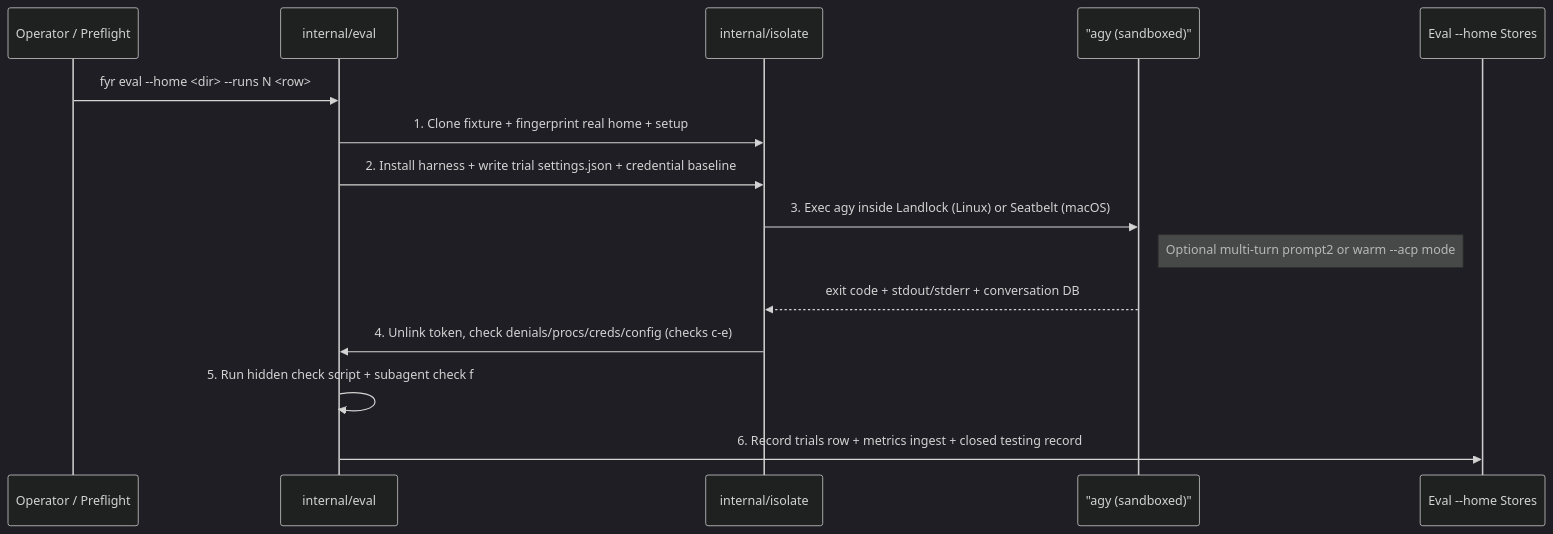
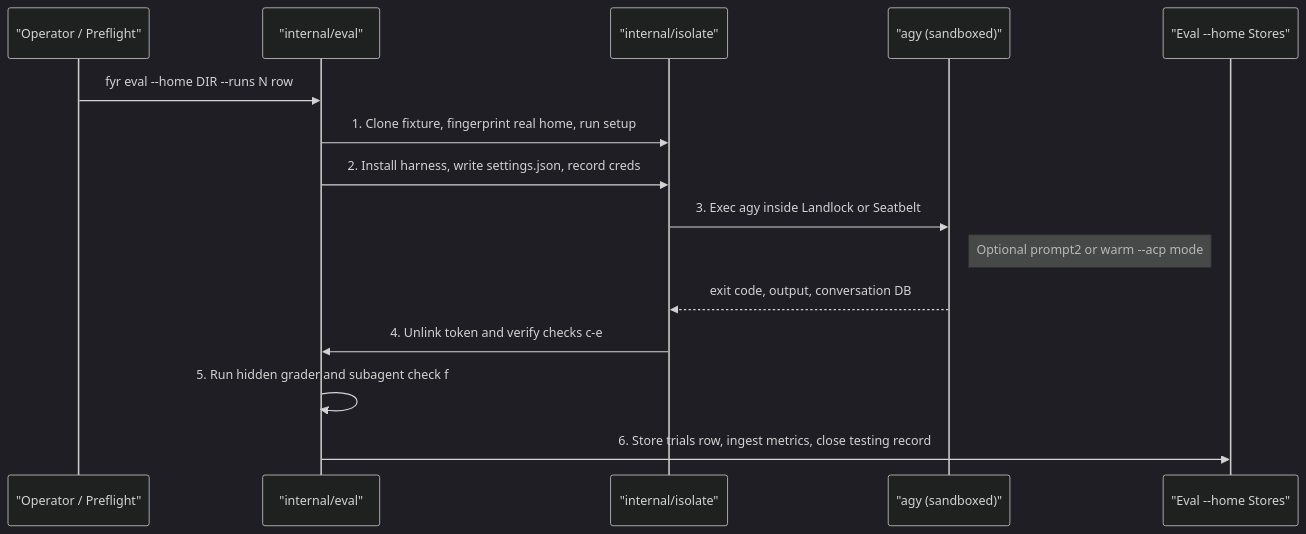
Before and after one commit to kesokaj/fyr: the first of 2 diagrams in features/eval-and-isolation.md, drawn with Mermaid (dark theme). The commit also changed other lines of this file and 3 other files, not shown here.

````diff
--- a/features/eval-and-isolation.md
+++ b/features/eval-and-isolation.md
@@ -9,17 +9,17 @@
 ```mermaid
 sequenceDiagram
-    participant Op as Operator / Preflight
-    participant Eval as internal/eval
-    participant Iso as internal/isolate
+    participant Op as "Operator / Preflight"
+    participant Eval as "internal/eval"
+    participant Iso as "internal/isolate"
     participant Agy as "agy (sandboxed)"
-    participant Store as Eval --home Stores
-    Op->>Eval: fyr eval --home <dir> --runs N <row>
-    Eval->>Iso: 1. Clone fixture + fingerprint real home + setup
-    Eval->>Iso: 2. Install harness + write trial settings.json + credential baseline
-    Iso->>Agy: 3. Exec agy inside Landlock (Linux) or Seatbelt (macOS)
-    Note right of Agy: Optional multi-turn prompt2 or warm --acp mode
-    Agy-->>Iso: exit code + stdout/stderr + conversation DB
-    Iso->>Eval: 4. Unlink token, check denials/procs/creds/config (checks c-e)
-    Eval->>Eval: 5. Run hidden check script + subagent check f
-    Eval->>Store: 6. Record trials row + metrics ingest + closed testing record
+    participant Store as "Eval --home Stores"
+    Op->>Eval: fyr eval --home DIR --runs N row
+    Eval->>Iso: 1. Clone fixture, fingerprint real home, run setup
+    Eval->>Iso: 2. Install harness, write settings.json, record creds
+    Iso->>Agy: 3. Exec agy inside Landlock or Seatbelt
+    Note right of Agy: Optional prompt2 or warm --acp mode
+    Agy-->>Iso: exit code, output, conversation DB
+    Iso->>Eval: 4. Unlink token and verify checks c-e
+    Eval->>Eval: 5. Run hidden grader and subagent check f
+    Eval->>Store: 6. Store trials row, ingest metrics, close testing record
 ```
````
